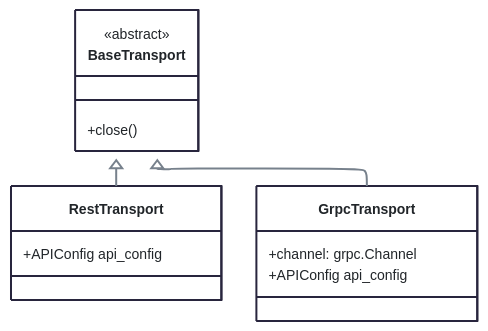
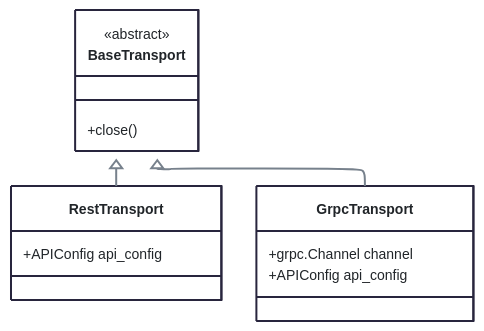
Before and after one commit to alexdearaujo/community_sdk_python: the diagram in src/kentik_api/transports/README.md, drawn with Mermaid. The commit also changed 9 other files, not shown here.

First line of the commit message:
docs: clean up the hand-written Mermaid diagrams

````diff
--- a/src/kentik_api/transports/README.md
+++ b/src/kentik_api/transports/README.md
@@ -18,20 +18,20 @@
 ```mermaid
 %%{init: {"theme": "redux", "look": "neo", "layout": "elk", "fontFamily": "ui-monospace, SFMono-Regular, Menlo, monospace", "themeVariables": {"fontFamily": "ui-monospace, SFMono-Regular, Menlo, monospace", "primaryColor": "#f8f9fa", "primaryBorderColor": "#495057", "primaryTextColor": "#212529", "textColor": "#212529", "lineColor": "#77818c", "edgeLabelBackground": "#ffffff", "actorBkg": "#f8f9fa", "actorBorder": "#495057", "actorTextColor": "#212529", "actorLineColor": "#a9b3be", "signalColor": "#57616d", "signalTextColor": "#212529", "labelBoxBkgColor": "#f8f9fa", "labelBoxBorderColor": "#495057", "labelTextColor": "#212529", "loopTextColor": "#57616d", "noteBkgColor": "#fff9db", "noteBorderColor": "#f08c00", "noteTextColor": "#a35a00"}, "flowchart": {"curve": "basis", "nodeSpacing": 30, "rankSpacing": 70, "wrappingWidth": 400}}}%%
 classDiagram
     class BaseTransport {
         <<abstract>>
         +close()
     }
     class RestTransport {
         +APIConfig api_config
     }
     class GrpcTransport {
-        +channel: grpc.Channel
+        +grpc.Channel channel
         +APIConfig api_config
     }
     BaseTransport <|-- RestTransport
     BaseTransport <|-- GrpcTransport
     link BaseTransport "base.py"
     link RestTransport "rest_client.py"
     link GrpcTransport "grpc_client.py"
 ```
````
